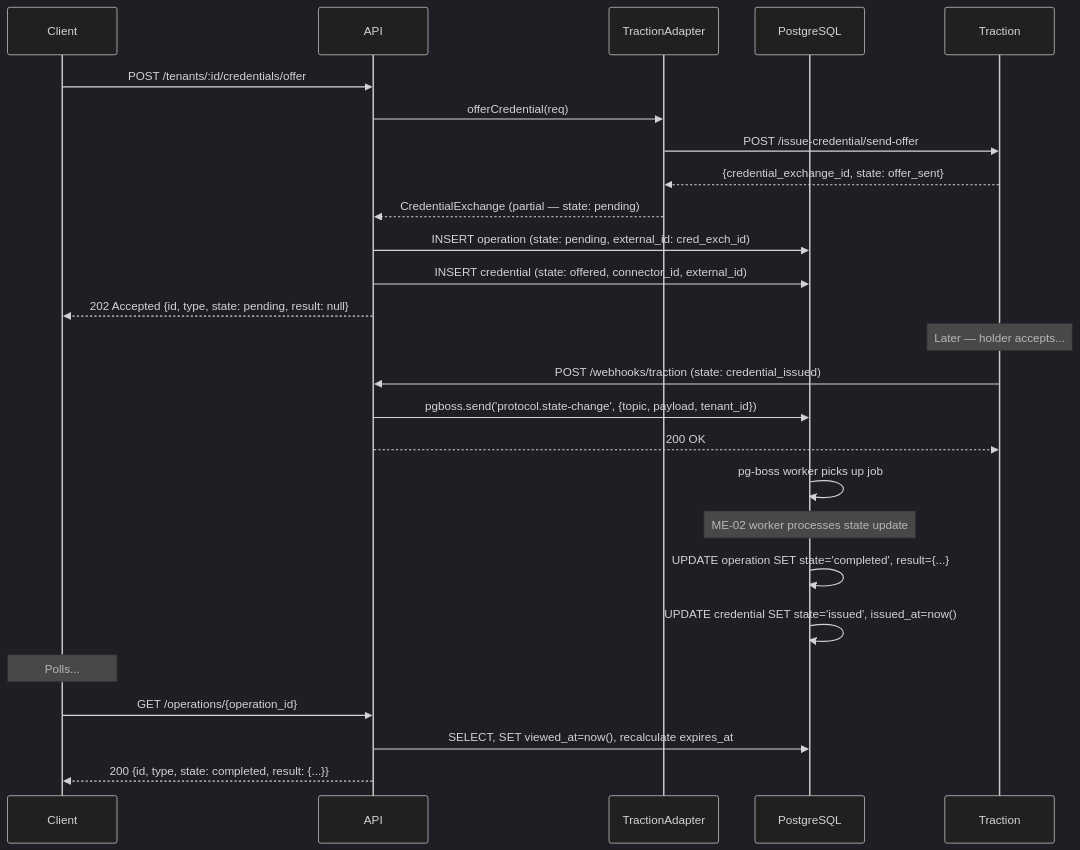
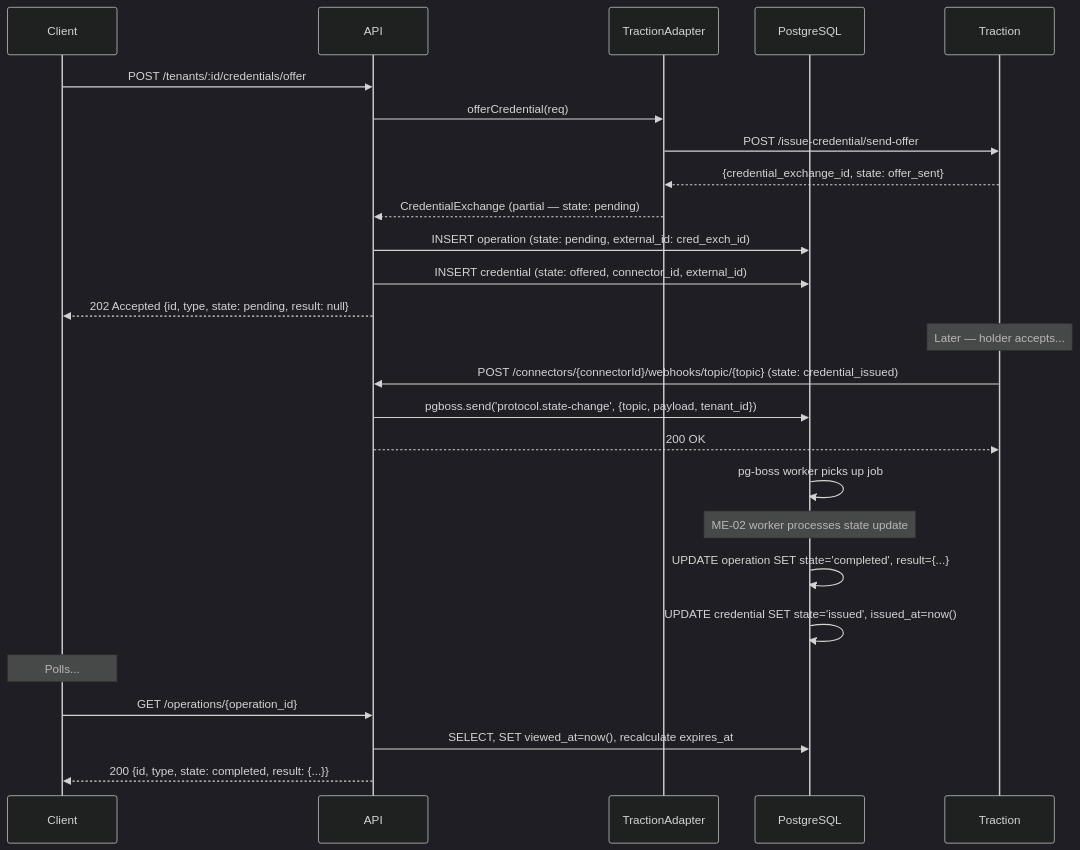
The tenth of 22 diagrams in docs/ARCHITECTURE.md (bcgov/digital-trust-common-service), drawn with Mermaid (dark theme) before and after one commit. The commit also changed 4 other files, not shown here.

````diff
--- a/docs/ARCHITECTURE.md
+++ b/docs/ARCHITECTURE.md
@@ -808,31 +808,31 @@
 ```mermaid
 sequenceDiagram
     participant Client
     participant API
     participant Adapter as TractionAdapter
     participant DB as PostgreSQL
     participant Traction
 
     Client->>API: POST /tenants/:id/credentials/offer
     API->>Adapter: offerCredential(req)
     Adapter->>Traction: POST /issue-credential/send-offer
     Traction-->>Adapter: {credential_exchange_id, state: offer_sent}
     Adapter-->>API: CredentialExchange (partial — state: pending)
     API->>DB: INSERT operation (state: pending, external_id: cred_exch_id)
     API->>DB: INSERT credential (state: offered, connector_id, external_id)
     API-->>Client: 202 Accepted {id, type, state: pending, result: null}
 
     Note over Traction: Later — holder accepts...
 
-    Traction->>API: POST /webhooks/traction (state: credential_issued)
+    Traction->>API: POST /connectors/{connectorId}/webhooks/topic/{topic} (state: credential_issued)
     API->>DB: pgboss.send('protocol.state-change', {topic, payload, tenant_id})
     API-->>Traction: 200 OK
     DB->>DB: pg-boss worker picks up job
     Note over DB: ME-02 worker processes state update
     DB->>DB: UPDATE operation SET state='completed', result={...}
     DB->>DB: UPDATE credential SET state='issued', issued_at=now()
     Note over Client: Polls...
     Client->>API: GET /operations/{operation_id}
     API->>DB: SELECT, SET viewed_at=now(), recalculate expires_at
     API-->>Client: 200 {id, type, state: completed, result: {...}}
 ```
````
